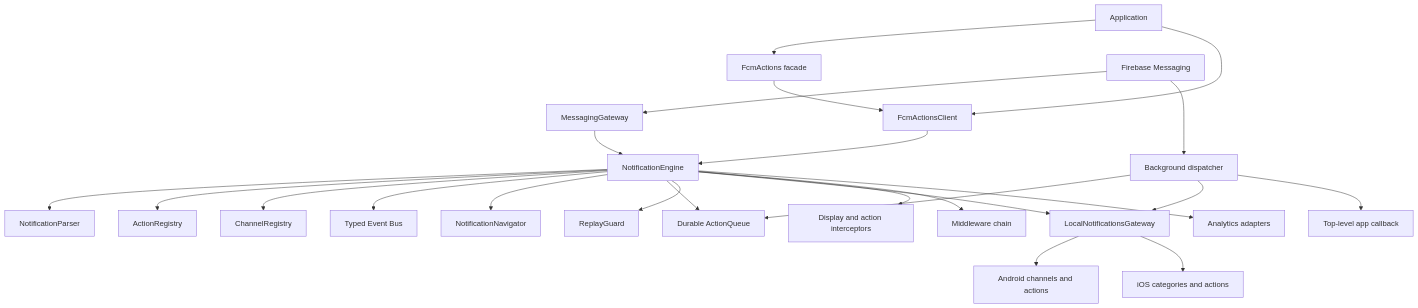
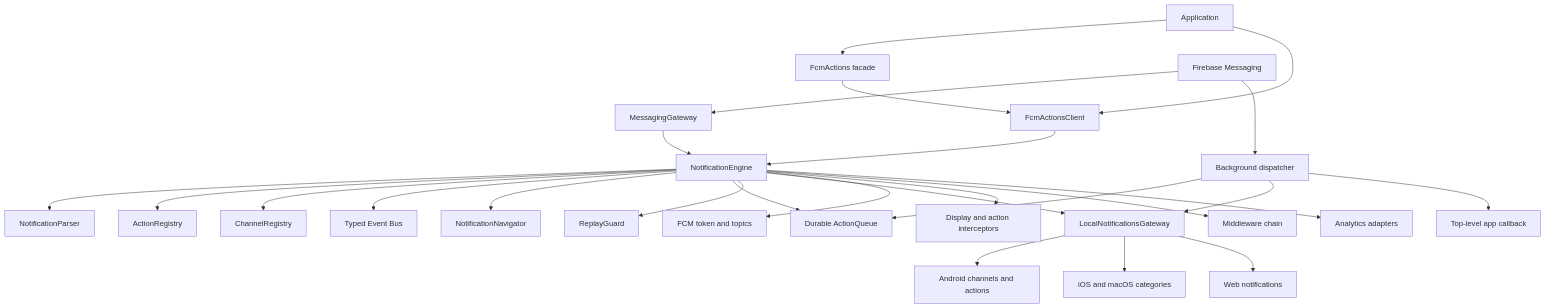
The diagram in doc/architecture.md (AmrSaad14/fcm_actions), drawn with Mermaid before and after one commit. The commit also changed 33 other files, not shown here.

````diff
--- a/doc/architecture.md
+++ b/doc/architecture.md
@@ -7,30 +7,32 @@
 ```mermaid
 flowchart TD
     App[Application] --> Facade[FcmActions facade]
     App --> Client[FcmActionsClient]
     Facade --> Client
     Client --> Engine[NotificationEngine]
 
     Engine --> Parser[NotificationParser]
     Engine --> Actions[ActionRegistry]
     Engine --> Channels[ChannelRegistry]
     Engine --> Events[Typed Event Bus]
     Engine --> Navigator[NotificationNavigator]
     Engine --> Queue[Durable ActionQueue]
     Engine --> Replay[ReplayGuard]
 
     FCM[Firebase Messaging] --> MessagingGateway[MessagingGateway]
     MessagingGateway --> Engine
     Engine --> LocalGateway[LocalNotificationsGateway]
     LocalGateway --> Android[Android channels and actions]
-    LocalGateway --> IOS[iOS categories and actions]
+    LocalGateway --> Apple[iOS and macOS categories]
+    LocalGateway --> Web[Web notifications]
+    Engine --> Token[FCM token and topics]
 
     FCM --> Background[Background dispatcher]
     Background --> Queue
     Background --> LocalGateway
     Background --> Callback[Top-level app callback]
 
     Engine --> Interceptors[Display and action interceptors]
     Engine --> Middleware[Middleware chain]
     Engine --> Analytics[Analytics adapters]
 ```
````
